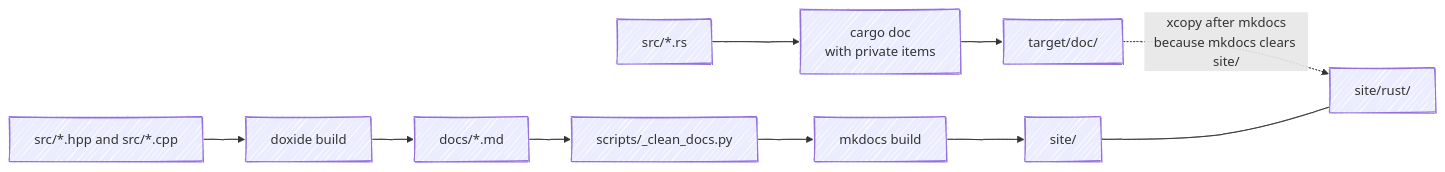
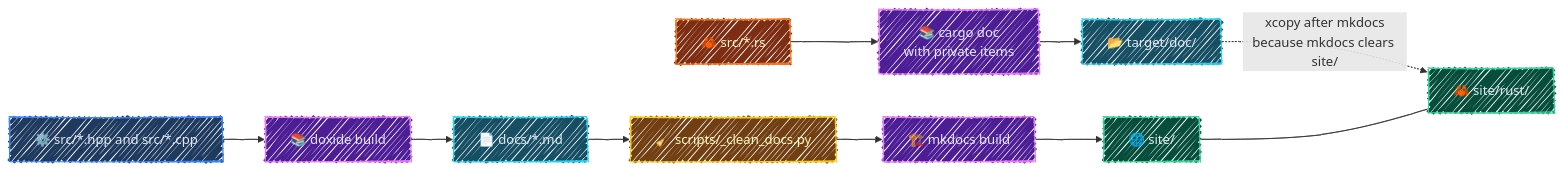
The sixth of 6 diagrams in README.md (lextpf/salma), drawn with Mermaid before and after one commit. The commit also changed other lines of this file and 4 other files, not shown here.

````diff
--- a/README.md
+++ b/README.md
@@ -659,15 +615,25 @@
 ```mermaid
 ---
 config:
   look: handDrawn
   theme: mc
   themeVariables:
     fontSize: 16px
 ---
 flowchart LR
-    RS["src/*.rs"] --> RD["cargo doc<br/>with private items"] --> TD["target/doc/"]
-    CPP["src/*.hpp and src/*.cpp"] --> DX["doxide build"] --> MD["docs/*.md"]
-    MD --> CL["scripts/_clean_docs.py"] --> MK["mkdocs build"] --> SITE["site/"]
-    TD -. "xcopy after mkdocs<br/>because mkdocs clears site/" .-> RUST["site/rust/"]
+    classDef rust fill:#7c2d12,stroke:#f97316,color:#fef3c7
+    classDef cpp fill:#1e3a5f,stroke:#3b82f6,color:#e2e8f0
+    classDef generator fill:#4c1d95,stroke:#e879f9,color:#e2e8f0
+    classDef intermediate fill:#164e63,stroke:#22d3ee,color:#e2e8f0
+    classDef cleanup fill:#713f12,stroke:#facc15,color:#fef9c3
+    classDef output fill:#064e3b,stroke:#34d399,color:#e2e8f0
+
+    RS["🦀 src/*.rs"]:::rust --> RD["📚 cargo doc<br/>with private items"]:::generator
+    RD --> TD["📂 target/doc/"]:::intermediate
+    CPP["⚙️ src/*.hpp and src/*.cpp"]:::cpp --> DX["📚 doxide build"]:::generator
+    DX --> MD["📄 docs/*.md"]:::intermediate
+    MD --> CL["🧹 scripts/_clean_docs.py"]:::cleanup --> MK["🏗️ mkdocs build"]:::generator
+    MK --> SITE["🌐 site/"]:::output
+    TD -. "xcopy after mkdocs<br/>because mkdocs clears site/" .-> RUST["🦀 site/rust/"]:::output
     SITE --- RUST
 ```
````
